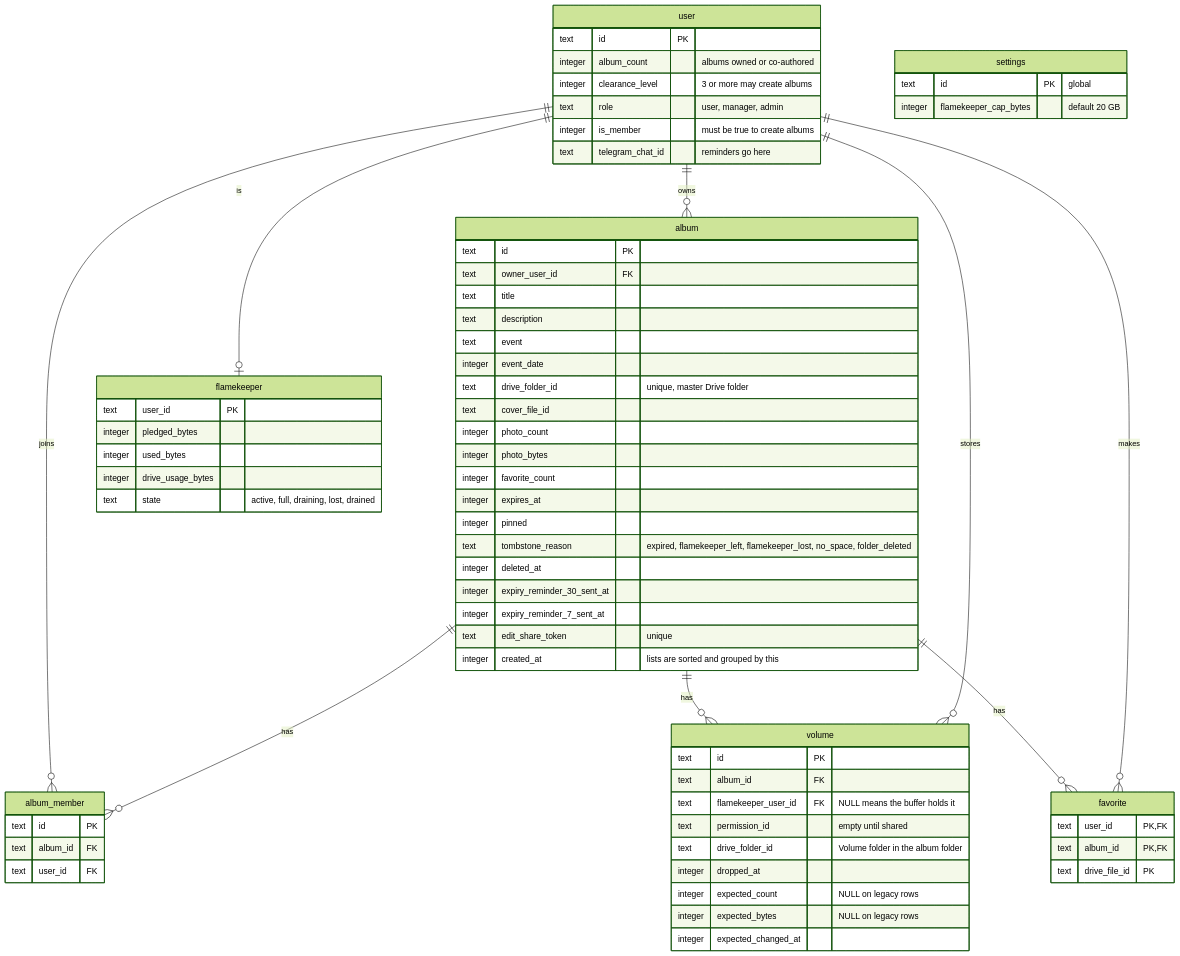
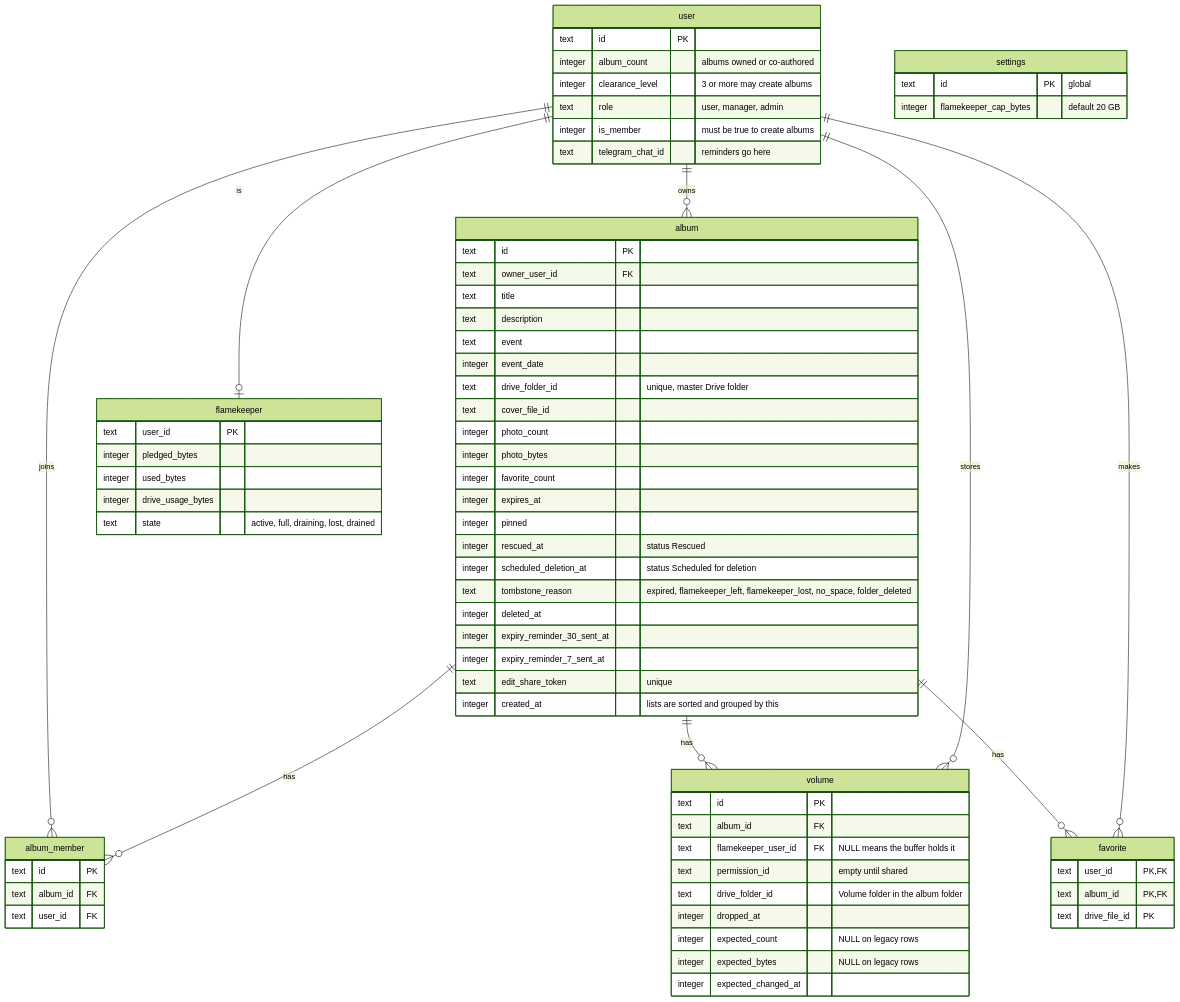
Before and after one commit to sagyzdop/meriksirat: the diagram in docs/scenarios/albums/erd.md, drawn with Mermaid (forest theme). The commit also changed other lines of this file and 45 other files, not shown here.

````diff
--- a/docs/scenarios/albums/erd.md
+++ b/docs/scenarios/albums/erd.md
@@ -16,72 +16,74 @@
 ```mermaid
 erDiagram
     user ||--o{ album : owns
     user ||--o{ album_member : joins
     album ||--o{ album_member : has
     album ||--o{ volume : has
     album ||--o{ favorite : has
     user ||--o{ favorite : makes
     user ||--o{ volume : stores
     user ||--o| flamekeeper : is
     user {
         text id PK
         integer album_count "albums owned or co-authored"
         integer clearance_level "3 or more may create albums"
         text role "user, manager, admin"
         integer is_member "must be true to create albums"
         text telegram_chat_id "reminders go here"
     }
     album {
         text id PK
         text owner_user_id FK
         text title
         text description
         text event
         integer event_date
         text drive_folder_id "unique, master Drive folder"
         text cover_file_id
         integer photo_count
         integer photo_bytes
         integer favorite_count
         integer expires_at
         integer pinned
+        integer rescued_at "status Rescued"
+        integer scheduled_deletion_at "status Scheduled for deletion"
         text tombstone_reason "expired, flamekeeper_left, flamekeeper_lost, no_space, folder_deleted"
         integer deleted_at
         integer expiry_reminder_30_sent_at
         integer expiry_reminder_7_sent_at
         text edit_share_token "unique"
         integer created_at "lists are sorted and grouped by this"
     }
     album_member {
         text id PK
         text album_id FK
         text user_id FK
     }
     favorite {
         text user_id PK, FK
         text album_id PK, FK
         text drive_file_id PK
     }
     volume {
         text id PK
         text album_id FK
         text flamekeeper_user_id FK "NULL means the buffer holds it"
         text permission_id "empty until shared"
         text drive_folder_id "Volume folder in the album folder"
         integer dropped_at
         integer expected_count "NULL on legacy rows"
         integer expected_bytes "NULL on legacy rows"
         integer expected_changed_at
     }
     flamekeeper {
         text user_id PK
         integer pledged_bytes
         integer used_bytes
         integer drive_usage_bytes
         text state "active, full, draining, lost, drained"
     }
     settings {
         text id PK "global"
         integer flamekeeper_cap_bytes "default 20 GB"
     }
 ```
````
